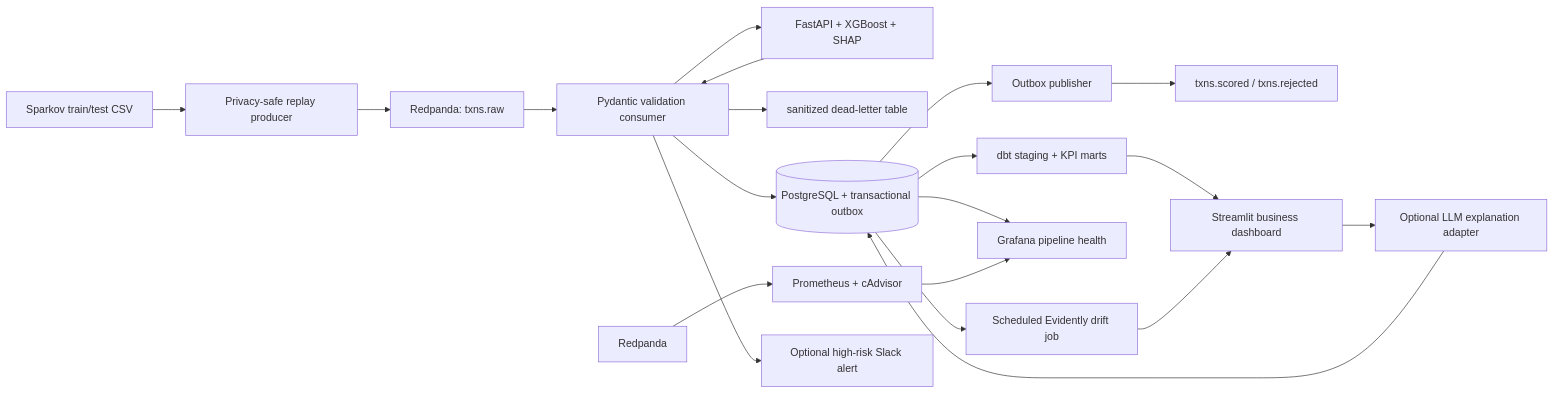
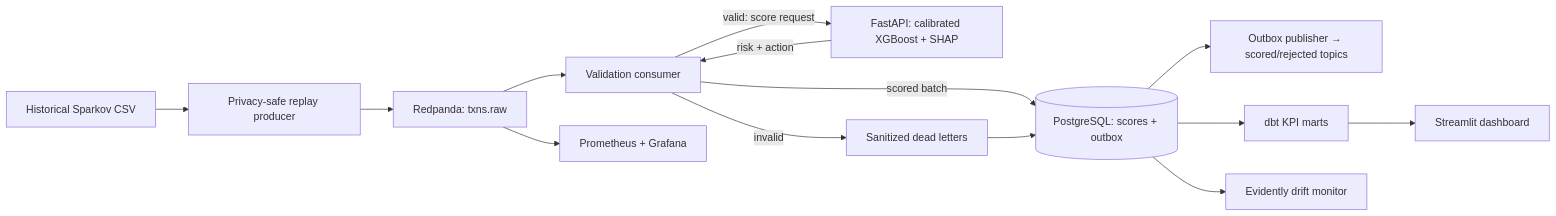
One commit to Sarthak2661/Lossguard changed the diagram in README.md. Above: the diagram before and after it, drawn with Mermaid. The commit also changed other lines of this file and 1 other file, not shown here.

Commit message:
Lead README with evaluated results and dashboard visual

````diff
--- a/README.md
+++ b/README.md
@@ -69,22 +50,16 @@
 ```mermaid
 flowchart LR
-    CSV["Sparkov train/test CSV"] --> Producer["Privacy-safe replay producer"]
-    Producer --> Raw["Redpanda: txns.raw"]
-    Raw --> Consumer["Pydantic validation consumer"]
-    Consumer --> API["FastAPI + XGBoost + SHAP"]
-    Consumer --> Rejected["sanitized dead-letter table"]
-    API --> Consumer
-    Consumer --> Postgres[("PostgreSQL + transactional outbox")]
-    Postgres --> Outbox["Outbox publisher"]
-    Outbox --> Scored["txns.scored / txns.rejected"]
-    Postgres --> dbt["dbt staging + KPI marts"]
-    dbt --> Streamlit["Streamlit business dashboard"]
-    Redpanda --> Prometheus["Prometheus + cAdvisor"]
-    Postgres --> Grafana["Grafana pipeline health"]
-    Prometheus --> Grafana
-    Consumer --> Slack["Optional high-risk Slack alert"]
-    Postgres --> Evidently["Scheduled Evidently drift job"]
-    Evidently --> Streamlit
-    Streamlit --> LLM["Optional LLM explanation adapter"]
-    LLM --> Postgres
+    CSV["Historical Sparkov CSV"] --> P["Privacy-safe replay producer"]
+    P --> R["Redpanda: txns.raw"]
+    R --> C["Validation consumer"]
+    C -->|valid: score request| A["FastAPI: calibrated XGBoost + SHAP"]
+    A -->|risk + action| C
+    C -->|invalid| D["Sanitized dead letters"]
+    C -->|scored batch| PG[("PostgreSQL: scores + outbox")]
+    D --> PG
+    PG --> O["Outbox publisher → scored/rejected topics"]
+    PG --> DBT["dbt KPI marts"]
+    DBT --> UI["Streamlit dashboard"]
+    PG --> DR["Evidently drift monitor"]
+    R --> OBS["Prometheus + Grafana"]
 ```
````
